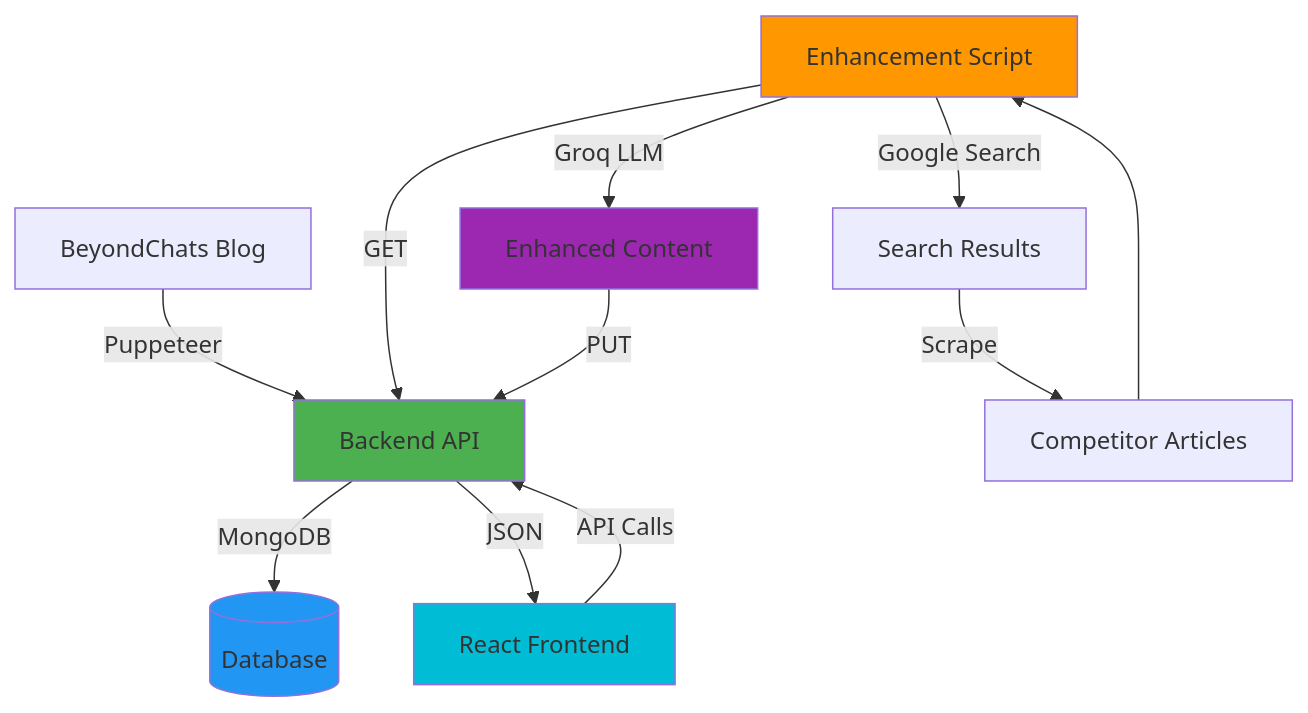
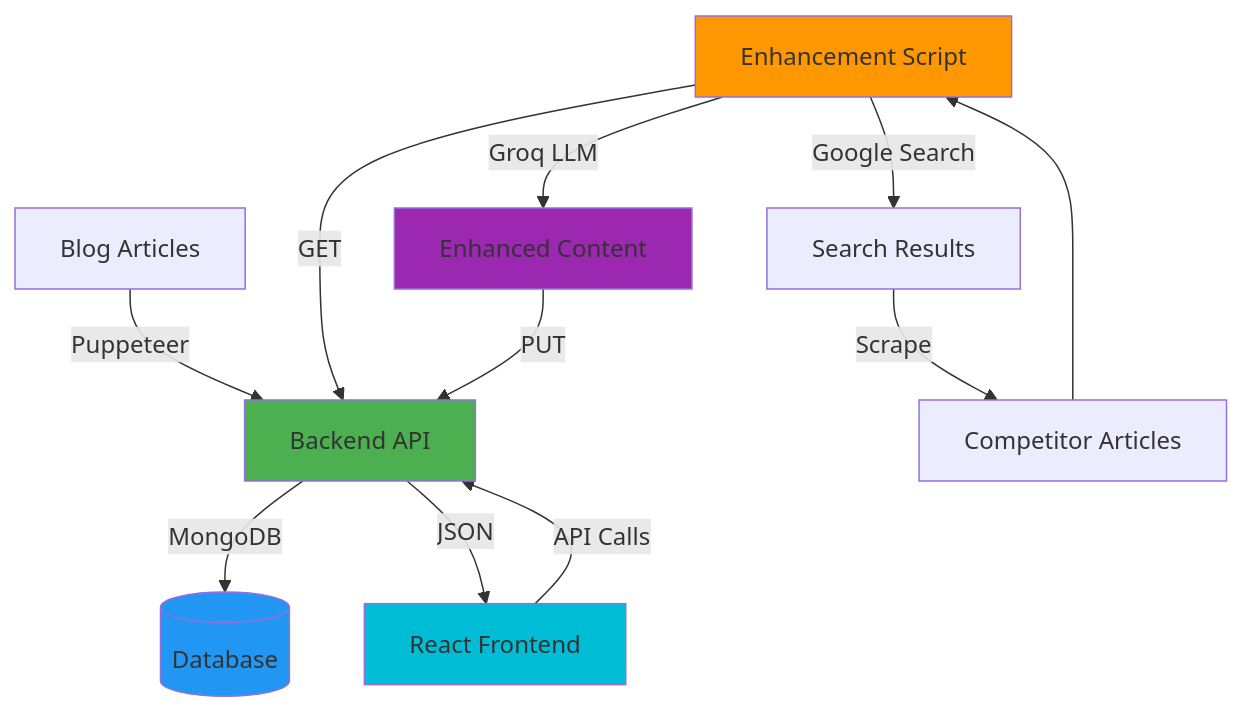
Before and after one commit to Pikachu-345/ai-article-scraper-enhancer: the diagram in README.md, drawn with Mermaid. The commit also changed other lines of this file and 36 other files, not shown here.

````diff
--- a/README.md
+++ b/README.md
@@ -16,21 +16,21 @@
 ```mermaid
 graph TB
-    A[BeyondChats Blog] -->|Puppeteer| B[Backend API]
+    A[Blog Articles] -->|Puppeteer| B[Backend API]
     B -->|MongoDB| C[(Database)]
     
     D[Enhancement Script] -->|GET| B
     D -->|Google Search| E[Search Results]
     E -->|Scrape| F[Competitor Articles]
     F --> D
     D -->|Groq LLM| G[Enhanced Content]
     G -->|PUT| B
     
     H[React Frontend] -->|API Calls| B
     B -->|JSON| H
     
     style B fill:#4CAF50
     style C fill:#2196F3
     style D fill:#FF9800
     style G fill:#9C27B0
     style H fill:#00BCD4
 ```
````
